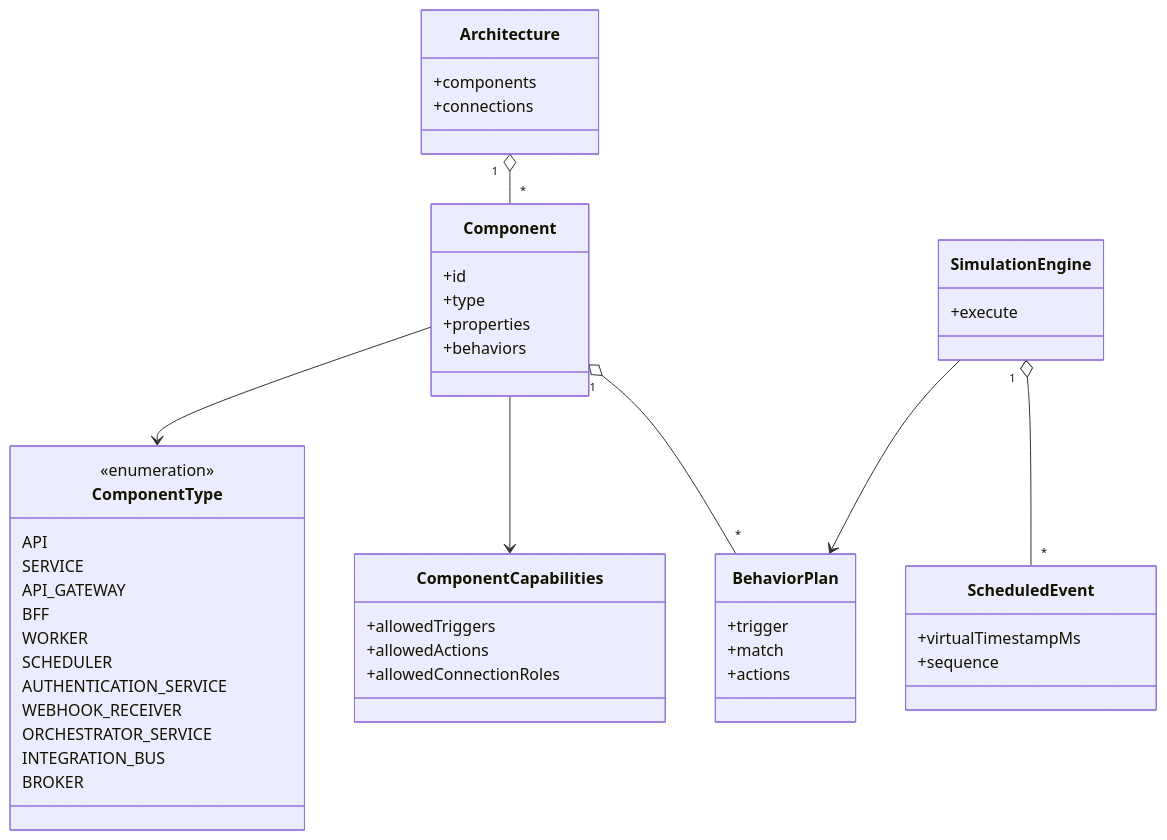
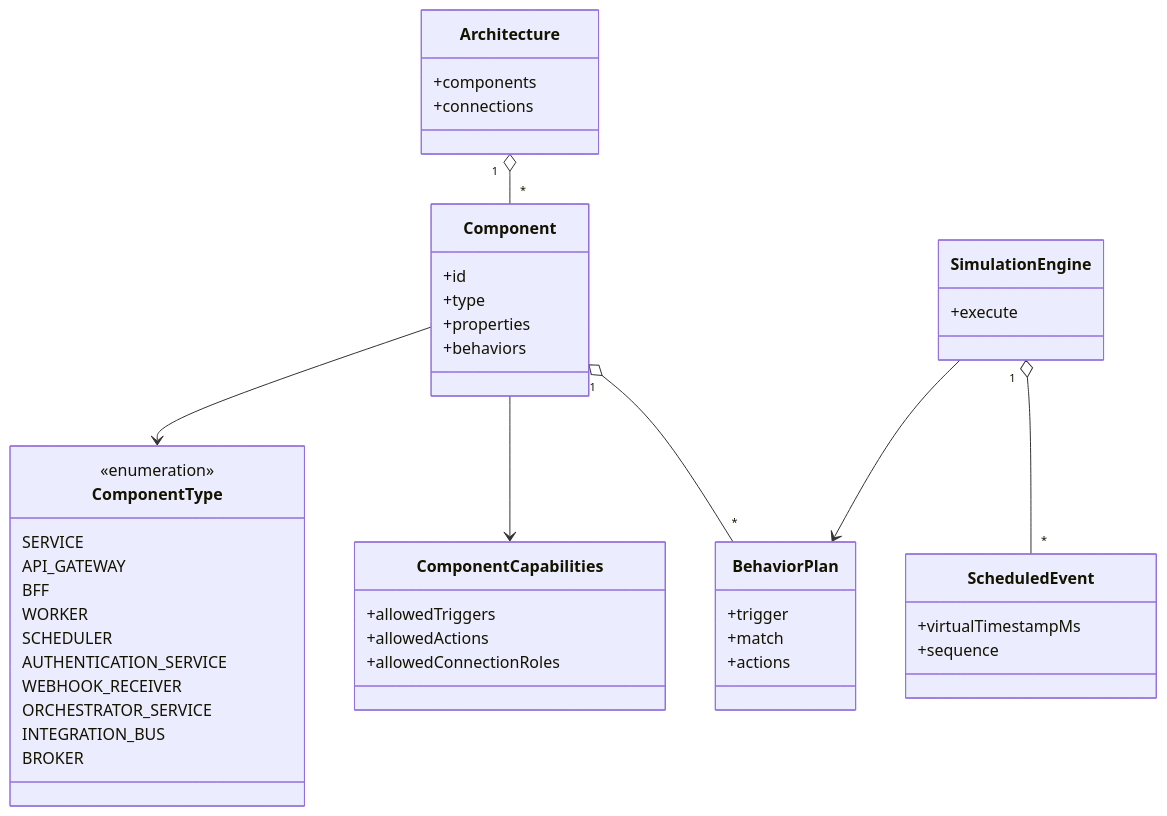
The first of 2 diagrams in docs/architecture/ADR-V5-001.md (ValdemirPraxedes/ArchLab), drawn with Mermaid before and after one commit.

Commit message:
docs(v0.5): remove obsolete API type from canonical UML

````diff
--- a/docs/architecture/ADR-V5-001.md
+++ b/docs/architecture/ADR-V5-001.md
@@ -24,50 +24,49 @@
 ```mermaid
 classDiagram
   class Architecture {
     +components
     +connections
   }
   class Component {
     +id
     +type
     +properties
     +behaviors
   }
   class ComponentType {
     <<enumeration>>
-    API
     SERVICE
     API_GATEWAY
     BFF
     WORKER
     SCHEDULER
     AUTHENTICATION_SERVICE
     WEBHOOK_RECEIVER
     ORCHESTRATOR_SERVICE
     INTEGRATION_BUS
     BROKER
   }
   class ComponentCapabilities {
     +allowedTriggers
     +allowedActions
     +allowedConnectionRoles
   }
   class BehaviorPlan {
     +trigger
     +match
     +actions
   }
   class SimulationEngine {
     +execute
   }
   class ScheduledEvent {
     +virtualTimestampMs
     +sequence
   }
   Architecture "1" o-- "*" Component
   Component --> ComponentType
   Component --> ComponentCapabilities
   Component "1" o-- "*" BehaviorPlan
   SimulationEngine --> BehaviorPlan
   SimulationEngine "1" o-- "*" ScheduledEvent
 ```
````
